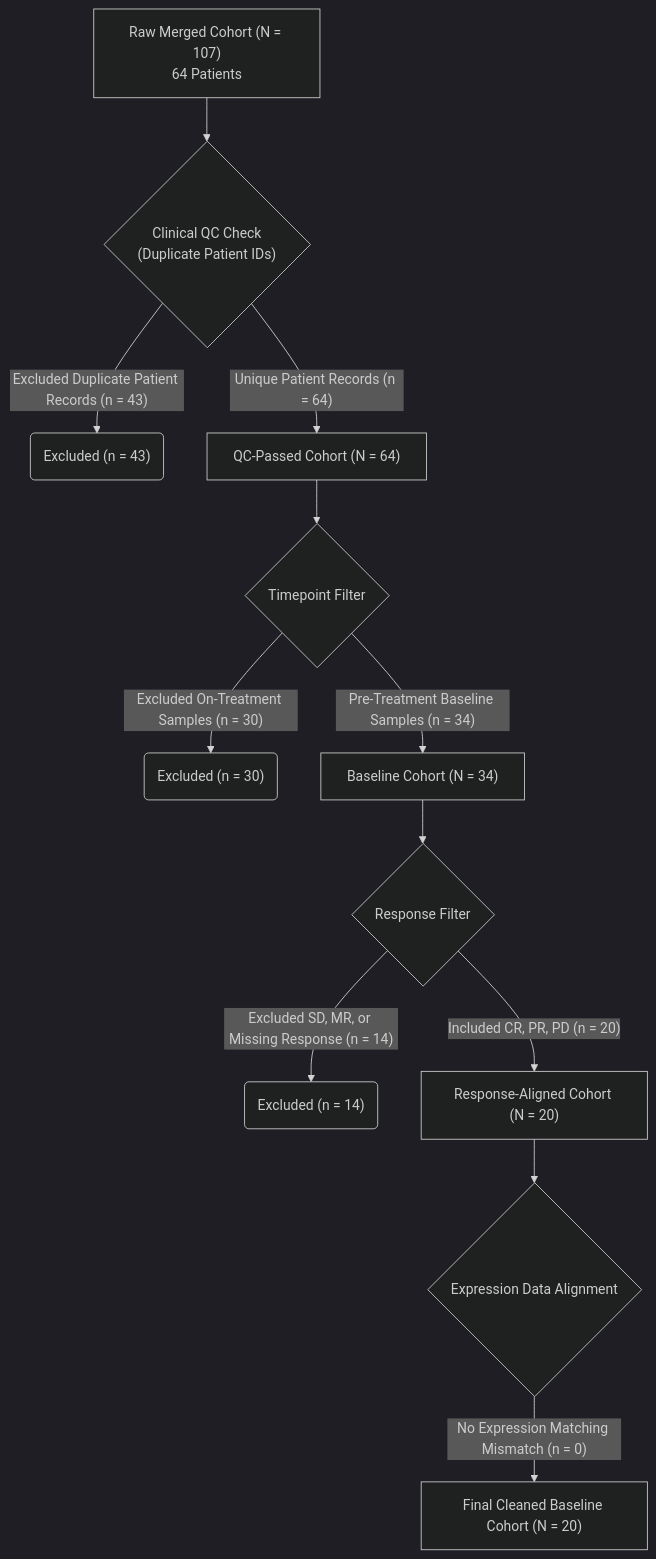
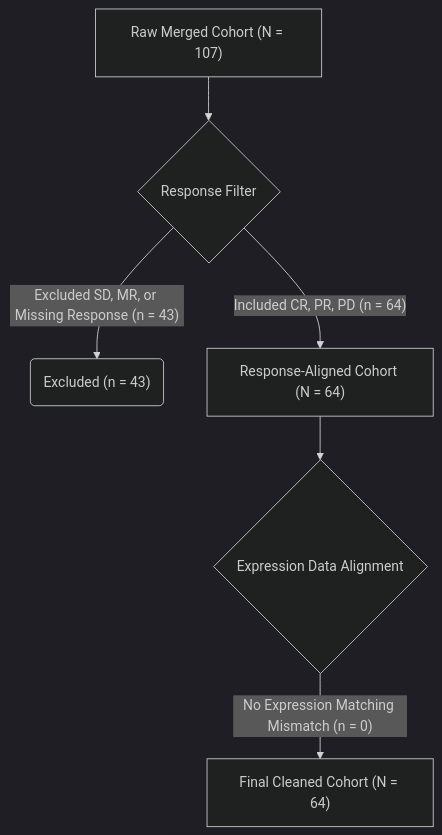
One commit to gillespieza/melanoma-assignment-3 changed the third of 4 diagrams in q1-response-predictor/reports/cohort_characteristics_clinical.md. Above: the diagram before and after it, drawn with Mermaid (dark theme). The commit also changed other lines of this file and 20 other files, not shown here.

````diff
--- a/q1-response-predictor/reports/cohort_characteristics_clinical.md
+++ b/q1-response-predictor/reports/cohort_characteristics_clinical.md
@@ -146,14 +169,8 @@
 ```mermaid
 graph TD
-    A["Raw Merged Cohort (N = 107)<br>64 Patients"] --> B{"Clinical QC Check<br>(Duplicate Patient IDs)"}
-    B -->|"Excluded Duplicate Patient Records (n = 43)"| C("Excluded (n = 43)")
-    B -->|"Unique Patient Records (n = 64)"| D["QC-Passed Cohort (N = 64)"]
-    D --> E{"Timepoint Filter"}
-    E -->|"Excluded On-Treatment Samples (n = 30)"| F("Excluded (n = 30)")
-    E -->|"Pre-Treatment Baseline Samples (n = 34)"| G["Baseline Cohort (N = 34)"]
-    G --> H{"Response Filter"}
-    H -->|"Excluded SD, MR, or Missing Response (n = 14)"| I("Excluded (n = 14)")
-    H -->|"Included CR, PR, PD (n = 20)"| J["Response-Aligned Cohort (N = 20)"]
-    J --> K{"Expression Data Alignment"}
-    K -->|"No Expression Matching Mismatch (n = 0)"| L["Final Cleaned Baseline Cohort (N = 20)"]
+    A["Raw Merged Cohort (N = 107)"] --> B{"Response Filter"}
+    B -->|"Excluded SD, MR, or Missing Response (n = 43)"| C("Excluded (n = 43)")
+    B -->|"Included CR, PR, PD (n = 64)"| D["Response-Aligned Cohort (N = 64)"]
+    D --> E{"Expression Data Alignment"}
+    E -->|"No Expression Matching Mismatch (n = 0)"| F["Final Cleaned Cohort (N = 64)"]
 ```
````
